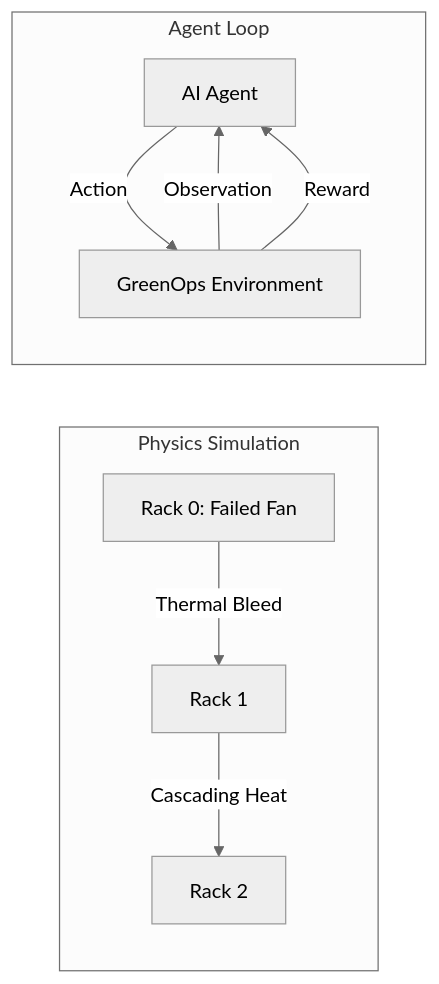
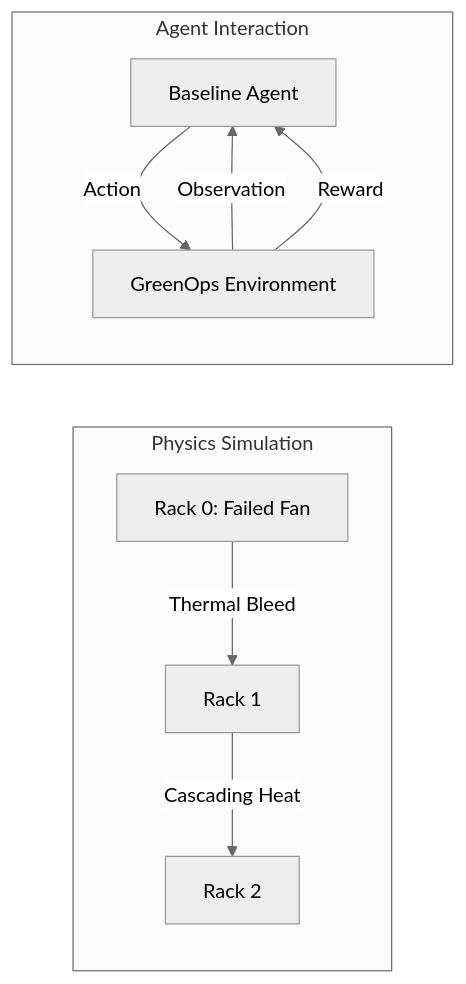
The diagram in README.md (aditcool-dev/green-ops-lite), drawn with Mermaid (neutral theme) before and after one commit. The commit also changed other lines of this file, not shown here.

````diff
--- a/README.md
+++ b/README.md
@@ -44,16 +44,16 @@
 ```mermaid
 graph LR
     subgraph "Physics Simulation"
         A[Rack 0: Failed Fan] -->|Thermal Bleed| B[Rack 1]
         B -->|Cascading Heat| C[Rack 2]
     end
     
-    subgraph "Agent Loop"
-        D[AI Agent]
+    subgraph "Agent Interaction"
+        D[Baseline Agent]
         E[GreenOps Environment]
     end
     
     D -->|Action| E
     E -->|Observation| D
     E -->|Reward| D
 ```
````
